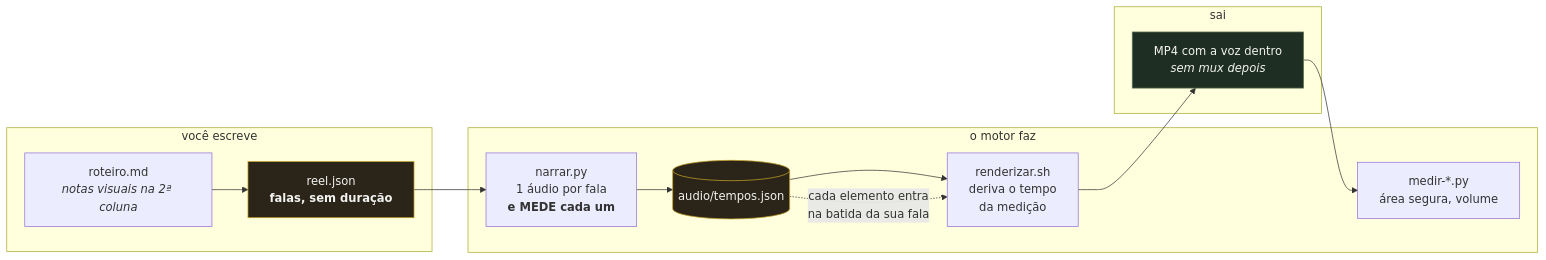
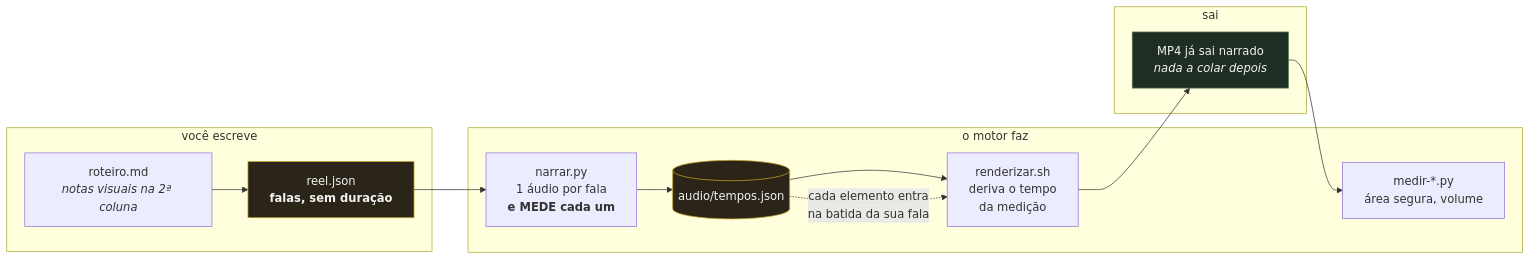
Before and after one commit to claudiogpt/motor-de-canal: the first of 2 diagrams in README.md, drawn with Mermaid. The commit also changed other lines of this file and 1 other file, not shown here.

````diff
--- a/README.md
+++ b/README.md
@@ -10,25 +10,25 @@
 ```mermaid
 flowchart LR
     subgraph VOCE["você escreve"]
         R["roteiro.md<br/><i>notas visuais na 2ª coluna</i>"]
         J["reel.json<br/><b>falas, sem duração</b>"]
     end
 
     subgraph MOTOR["o motor faz"]
         N["narrar.py<br/>1 áudio por fala<br/><b>e MEDE cada um</b>"]
         T[("audio/tempos.json")]
         RE["renderizar.sh<br/>deriva o tempo<br/>da medição"]
         ME["medir-*.py<br/>área segura, volume"]
     end
 
     subgraph SAI["sai"]
-        MP4["MP4 com a voz dentro<br/><i>sem mux depois</i>"]
+        MP4["MP4 já sai narrado<br/><i>nada a colar depois</i>"]
     end
 
     R --> J --> N --> T --> RE --> MP4 --> ME
     T -.->|"cada elemento entra<br/>na batida da sua fala"| RE
 
     style J fill:#2a2518,stroke:#C9A227,color:#F2F2F0
     style T fill:#2a2518,stroke:#C9A227,color:#F2F2F0
     style MP4 fill:#1f2e22,stroke:#5F7A58,color:#F2F2F0
 ```
````
